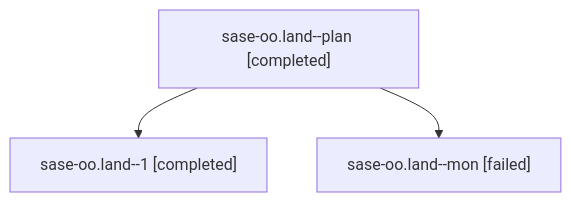
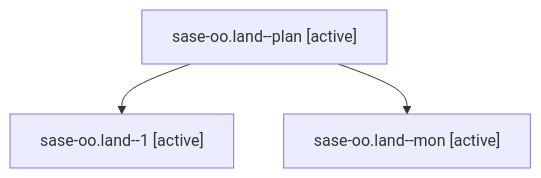
Before and after one commit to sase-org/sase--agents: the diagram in families/bbugyi200.athena.sase-oo.land.md, drawn with Mermaid. The commit also changed other lines of this file and 35830 other files, not shown here.

````diff
--- a/families/bbugyi200.athena.sase-oo.land.md
+++ b/families/bbugyi200.athena.sase-oo.land.md
@@ -9,8 +9,8 @@
 ```mermaid
 flowchart TD
-  n0["sase-oo.land--plan [completed]"]
-  n1["sase-oo.land--1 [completed]"]
+  n0["sase-oo.land--plan [active]"]
+  n1["sase-oo.land--1 [active]"]
   n0 --> n1
-  n2["sase-oo.land--mon [failed]"]
+  n2["sase-oo.land--mon [active]"]
   n0 --> n2
 ```
````
